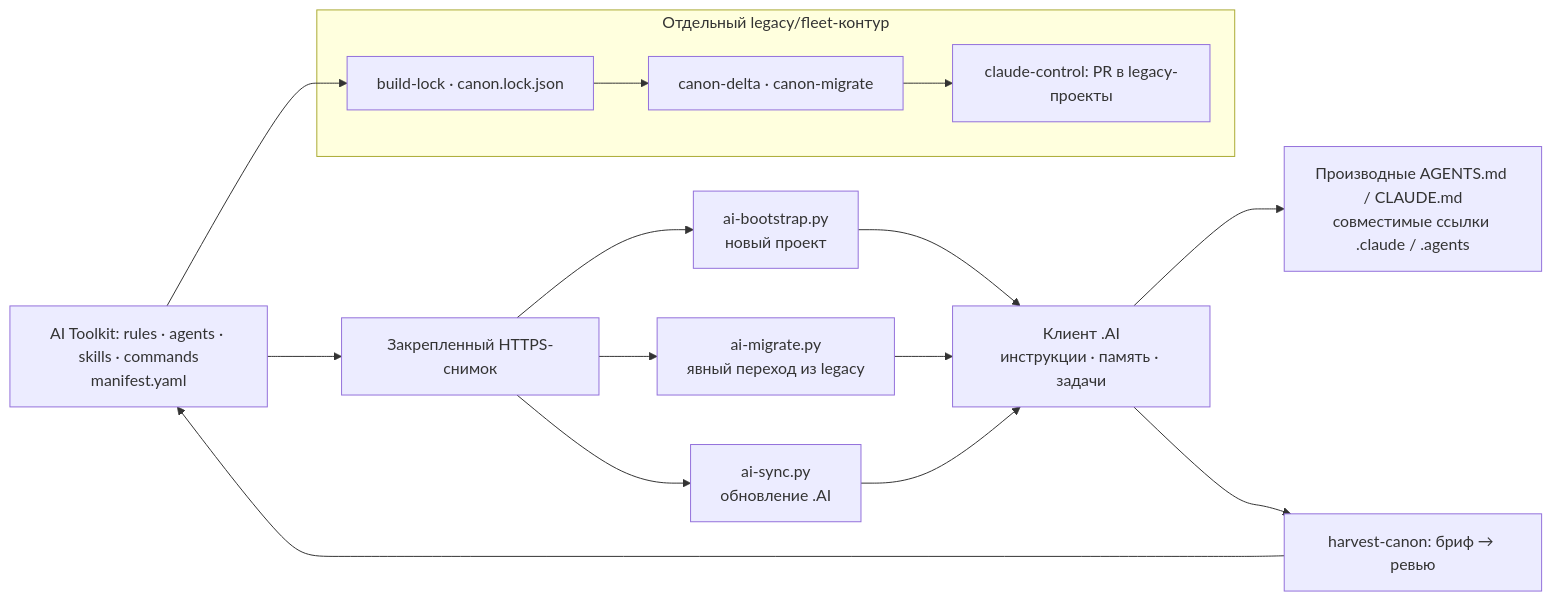
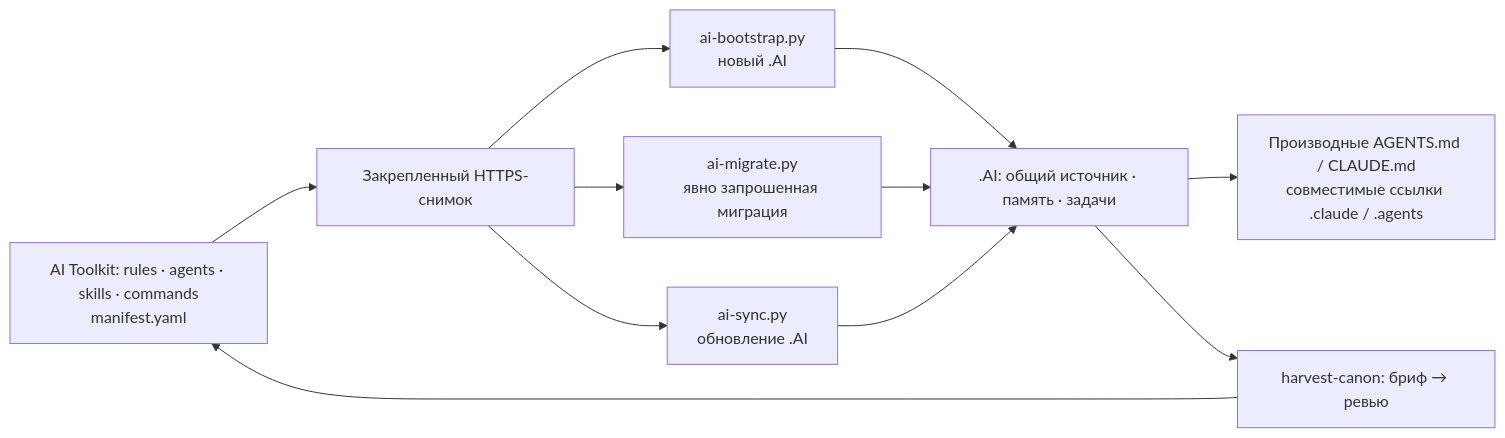
Before and after one commit to dewil/ai-toolkit: the diagram in README.md, drawn with Mermaid. The commit also changed other lines of this file and 38 other files, not shown here.

Commit message:
Retire parallel legacy canon pipeline

````diff
--- a/README.md
+++ b/README.md
@@ -13,22 +13,15 @@
 ```mermaid
 flowchart LR
     source["AI Toolkit: rules · agents · skills · commands<br/>manifest.yaml"]
     pinned["Закрепленный HTTPS-снимок"]
     source --> pinned
-    pinned --> bootstrap["ai-bootstrap.py<br/>новый проект"]
-    pinned --> migrate["ai-migrate.py<br/>явный переход из legacy"]
+    pinned --> bootstrap["ai-bootstrap.py<br/>новый .AI"]
+    pinned --> migrate["ai-migrate.py<br/>явно запрошенная миграция"]
     pinned --> sync["ai-sync.py<br/>обновление .AI"]
-    bootstrap --> ai["Клиент .AI<br/>инструкции · память · задачи"]
+    bootstrap --> ai[".AI: общий источник · память · задачи"]
     migrate --> ai
     sync --> ai
     ai --> inputs["Производные AGENTS.md / CLAUDE.md<br/>совместимые ссылки .claude / .agents"]
     ai --> harvest["harvest-canon: бриф → ревью"]
     harvest --> source
-    subgraph legacy["Отдельный legacy/fleet-контур"]
-        release["build-lock · canon.lock.json"]
-        delta["canon-delta · canon-migrate"]
-        fleet["claude-control: PR в legacy-проекты"]
-        release --> delta --> fleet
-    end
-    source --> release
 ```
````
